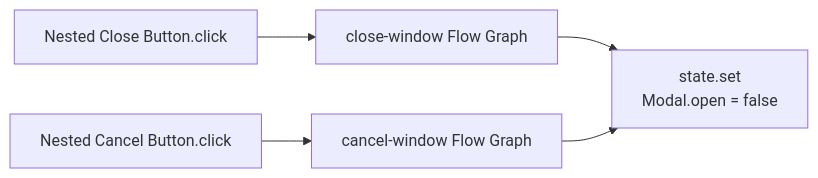
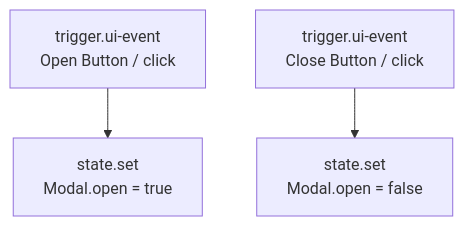
One commit to northwest-hcu/FlagShip changed the second of 4 diagrams in docs/architecture/10-examples-roadmap-and-decisions.md. Above: the diagram before and after it, drawn with Mermaid. The commit also changed other lines of this file and 46 other files, not shown here.

````diff
--- a/docs/architecture/10-examples-roadmap-and-decisions.md
+++ b/docs/architecture/10-examples-roadmap-and-decisions.md
@@ -214,7 +65,5 @@
 ```mermaid
-flowchart LR
-    Close["Nested Close Button.click"] --> CloseFlow["close-window Flow Graph"]
-    Cancel["Nested Cancel Button.click"] --> CancelFlow["cancel-window Flow Graph"]
-    CloseFlow --> SetClosed["state.set<br/>Modal.open = false"]
-    CancelFlow --> SetClosed
+flowchart TD
+    OpenClick["trigger.ui-event<br/>Open Button / click"] --> Open["state.set<br/>Modal.open = true"]
+    CloseClick["trigger.ui-event<br/>Close Button / click"] --> Close["state.set<br/>Modal.open = false"]
 ```
````
